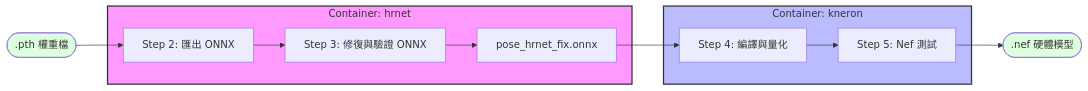
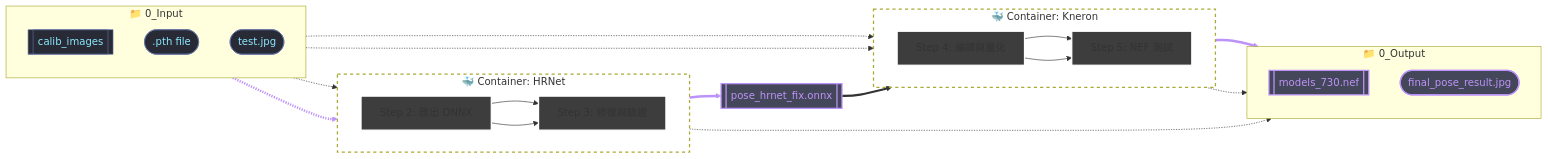
One commit to happpycorn/HRNet2Nef_Guide changed the diagram in Readme.md. Above: the diagram before and after it, drawn with Mermaid. The commit also changed other lines of this file, not shown here.

````diff
--- a/Readme.md
+++ b/Readme.md
@@ -5,24 +8,65 @@
 ```mermaid
-graph LR
-    %% 定義輸入
-    Start([.pth 權重檔]) --> Step2
+flowchart LR
+    %% 全域樣式設定
+    %% {init: {'theme': 'dark', 'themeVariables': { 'lineColor': '#FFFFFF' }}} %%
 
-    subgraph Container_HRNet [Container: hrnet]
-        Step2[Step 2: 匯出 ONNX] --> Step3[Step 3: 修復與驗證 ONNX]
-        Step3 --> Output_ONNX[pose_hrnet_fix.onnx]
+    %% 資料輸入 (側邊補給)
+    subgraph Inputs [ 📁 0_Input ]
+        direction TB
+        Calib[[calib_images]]
+        PTH([.pth file])
+        TestImg([test.jpg])
     end
 
-    Output_ONNX --> Step4
-
-    subgraph Container_Kneron [Container: kneron]
-        Step4[Step 4: 編譯與量化] --> Step5[Step 5: Nef 測試]
+    %% 主流程：HRNet 環境
+    subgraph HRNet_Env [ 🐳 Container: HRNet ]
+        direction LR
+        S2[Step 2: 匯出 ONNX] --> S3[Step 3: 修復與驗證]
     end
 
-    Step5 --> End([.nef 硬體模型])
+    %% 中間產物
+    ONNX[[pose_hrnet_fix.onnx]]
 
-    %% 樣式設定
-    style Container_HRNet fill:#f9f,stroke:#333,stroke-width:2px
-    style Container_Kneron fill:#bbf,stroke:#333,stroke-width:2px
-    style Start fill:#dfd
-    style End fill:#dfd
+    %% 主流程：Kneron 環境
+    subgraph Kneron_Env [ 🐳 Container: Kneron ]
+        direction LR
+        S4[Step 4: 編譯與量化] --> S5[Step 5: NEF 測試]
+    end
+
+    %% 最終輸出
+    subgraph Outputs [ 📁 0_Output ]
+        direction TB
+        NEF[[models_730.nef]]
+        IMG([final_pose_result.jpg])
+    end
+
+    %% 關鍵連線：建立順序感
+    PTH -.-> S2
+    S2 --> S3
+    TestImg -.-> S3
+    
+    S3 ==> ONNX
+    
+    ONNX ==> S4
+    Calib -.-> S4
+    S4 --> S5
+    TestImg -.-> S5
+    
+    S5 ==> NEF
+    S3 -.-> IMG
+    S5 -.-> IMG
+
+    %% 樣式美化
+    classDef mainProcess fill:#3d3d3d,stroke:#fff,stroke-width:2px;
+    classDef container fill:transparent,stroke-dasharray: 5 5,stroke-width:2px;
+    classDef artifact fill:#44475a,stroke:#bd93f9,stroke-width:2px,color:#bd93f9;
+    classDef inputNode fill:#282a36,stroke:#6272a4,color:#8be9fd;
+
+    class S2,S3,S4,S5 mainProcess;
+    class HRNet_Env,Kneron_Env container;
+    class ONNX,NEF,IMG artifact;
+    class PTH,Calib,TestImg inputNode;
+    
+    %% 強調主線連線
+    linkStyle 4,5,10 stroke:#bd93f9,stroke-width:4px;
 ```
````
